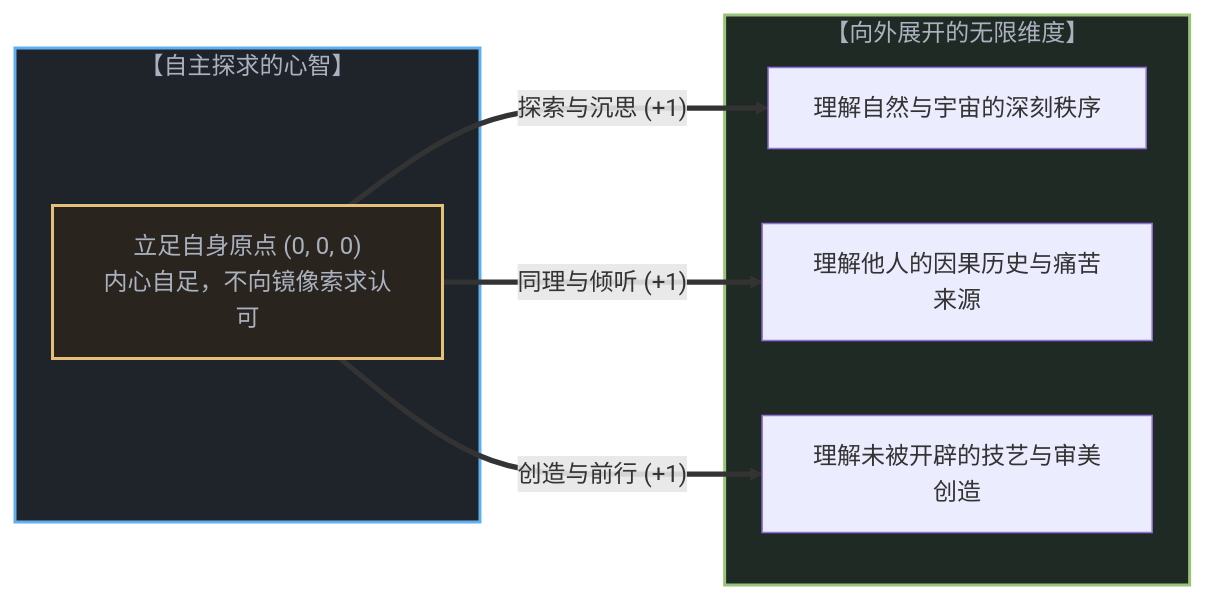
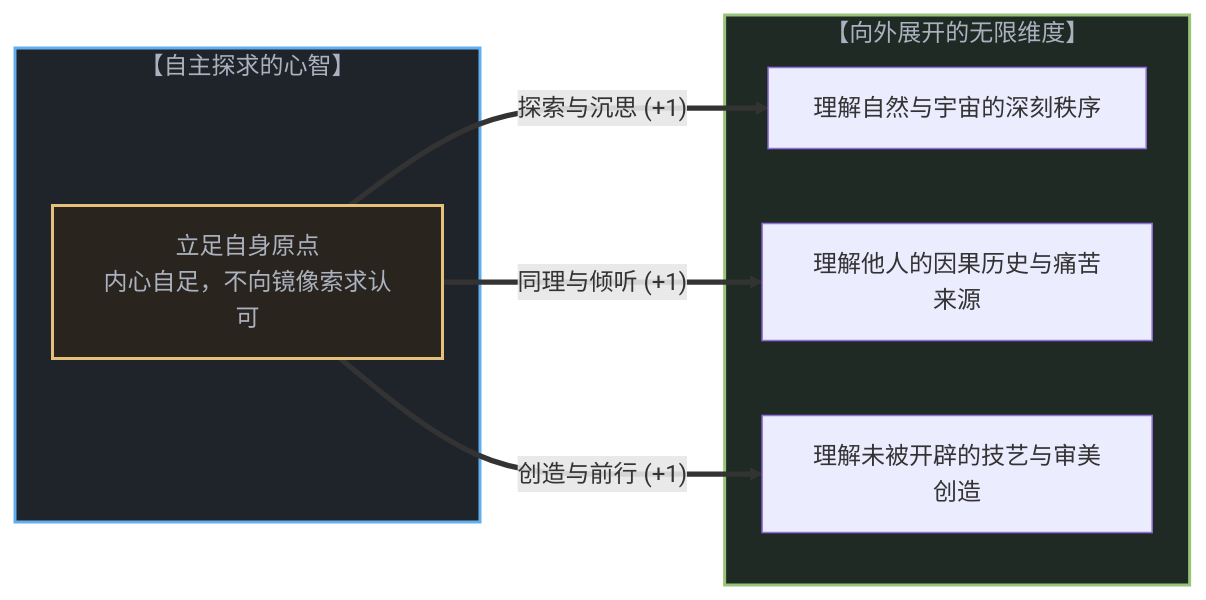
The seventh of 8 diagrams in content/posts/the-asymmetry-of-understanding.md (powerpig99/not-a-toe), drawn with Mermaid before and after one commit. The commit also changed other lines of this file and 15 other files, not shown here.

````diff
--- a/content/posts/the-asymmetry-of-understanding.md
+++ b/content/posts/the-asymmetry-of-understanding.md
@@ -286,20 +286,20 @@
 ```mermaid
 graph LR
     subgraph SovereignMind["【自主探求的心智】"]
-        RootOrigin["立足自身原点 (0, 0, 0)<br>内心自足，不向镜像索求认可"]
+        RootOrigin["立足自身原点<br>内心自足，不向镜像索求认可"]
     end
 
     subgraph InfiniteFrontiers["【向外展开的无限维度】"]
         DimensionScience["理解自然与宇宙的深刻秩序"]
         DimensionHuman["理解他人的因果历史与痛苦来源"]
         DimensionArt["理解未被开辟的技艺与审美创造"]
     end
 
     RootOrigin ==>|"探索与沉思 (+1)"| DimensionScience
     RootOrigin ==>|"同理与倾听 (+1)"| DimensionHuman
     RootOrigin ==>|"创造与前行 (+1)"| DimensionArt
 
     style SovereignMind fill:#1f242a,stroke:#61afef,stroke-width:2px,color:#abb2bf
     style InfiniteFrontiers fill:#1f2a24,stroke:#98c379,stroke-width:2px,color:#abb2bf
     style RootOrigin fill:#2a241f,stroke:#e5c07b,stroke-width:2px,color:#abb2bf
 ```
````
